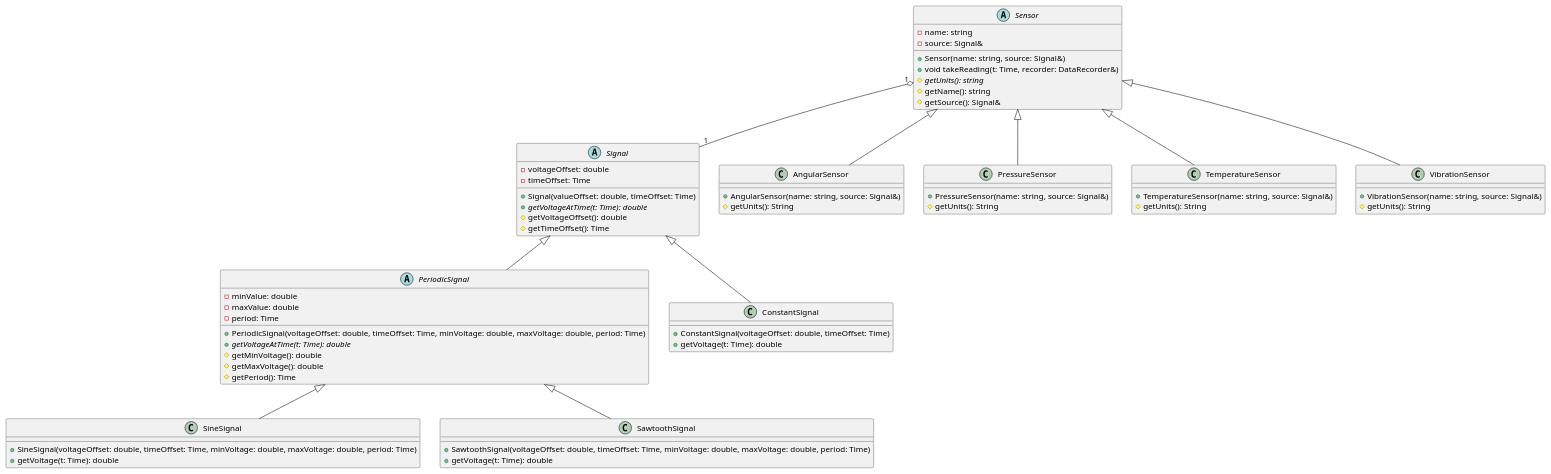
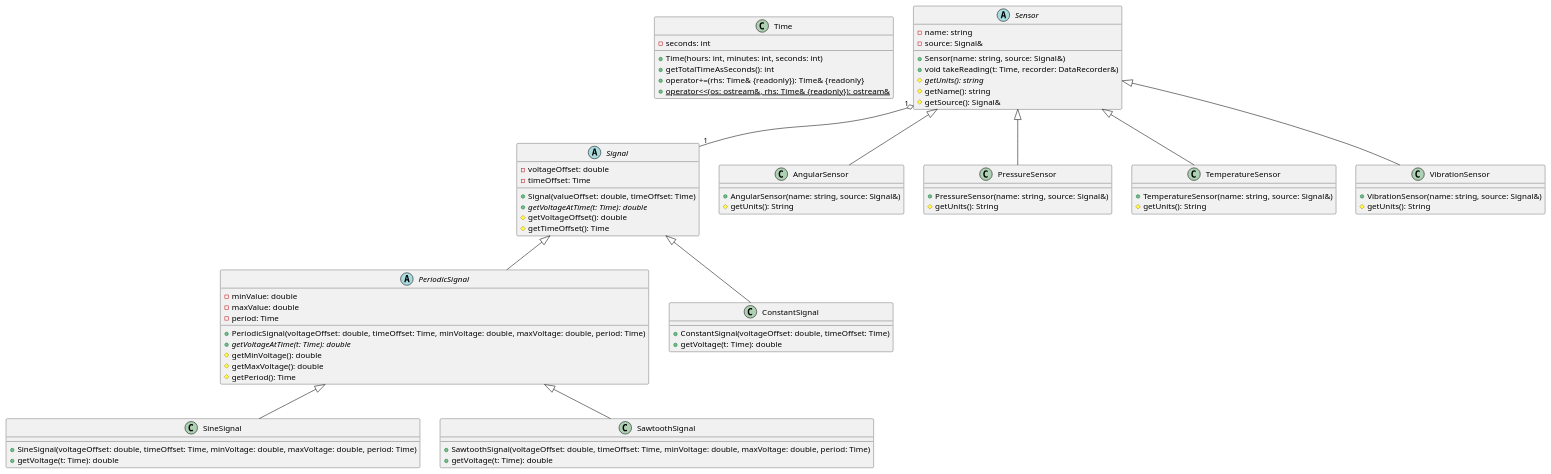
The diagram in doc/AirplaneMonitor.puml (skylasercolorado/AirplaneMonitor), drawn with PlantUML before and after one commit. The commit also changed 1 other file, not shown here.

Commit message:
uml, part 4

```diff
--- a/doc/AirplaneMonitor.puml
+++ b/doc/AirplaneMonitor.puml
@@ -1,84 +1,93 @@
 @startuml
+
+class Time {
+-seconds: int
+
++Time(hours: int, minutes: int, seconds: int)
++getTotalTimeAsSeconds(): int
++operator+=(rhs: Time& {readonly}): Time& {readonly}
++{static}operator<<(os: ostream&, rhs: Time& {readonly}): ostream&
+}
 
 class SineSignal {
 +SineSignal(voltageOffset: double, timeOffset: Time, minVoltage: double, maxVoltage: double, period: Time)
 +getVoltage(t: Time): double
 }
 
 class SawtoothSignal {
 +SawtoothSignal(voltageOffset: double, timeOffset: Time, minVoltage: double, maxVoltage: double, period: Time)
 +getVoltage(t: Time): double
 }
 
 abstract class PeriodicSignal {
 -minValue: double
 -maxValue: double
 -period: Time
 
 +PeriodicSignal(voltageOffset: double, timeOffset: Time, minVoltage: double, maxVoltage: double, period: Time)
 +{abstract} getVoltageAtTime(t: Time): double
 #getMinVoltage(): double
 #getMaxVoltage(): double
 #getPeriod(): Time
 }
 
 class ConstantSignal {
 +ConstantSignal(voltageOffset: double, timeOffset: Time)
 +getVoltage(t: Time): double
 }
 
 abstract class Signal {
 -voltageOffset: double
 -timeOffset: Time
 
 +Signal(valueOffset: double, timeOffset: Time)
 +{abstract} getVoltageAtTime(t: Time): double
 #getVoltageOffset(): double
 #getTimeOffset(): Time
 }
 
 PeriodicSignal <|-- SineSignal
 PeriodicSignal <|-- SawtoothSignal
 
 Signal <|-- ConstantSignal
 Signal <|-- PeriodicSignal
 
 class AngularSensor {
 +AngularSensor(name: string, source: Signal&)
 #getUnits(): String
 }
 
 class PressureSensor {
 +PressureSensor(name: string, source: Signal&)
 #getUnits(): String
 }
 
 class TemperatureSensor {
 +TemperatureSensor(name: string, source: Signal&)
 #getUnits(): String
 }
 
 class VibrationSensor {
 +VibrationSensor(name: string, source: Signal&)
 #getUnits(): String
 }
 
 abstract class Sensor {
 -name: string
 -source: Signal&
 
 +Sensor(name: string, source: Signal&)
 +void takeReading(t: Time, recorder: DataRecorder&)
 #{abstract} getUnits(): string
 #getName(): string
 #getSource(): Signal&
 }
 
 Sensor <|-- AngularSensor
 Sensor <|-- PressureSensor
 Sensor <|-- TemperatureSensor
 Sensor <|-- VibrationSensor
 
 Sensor "1" o-- "1" Signal
 
 @enduml
```
